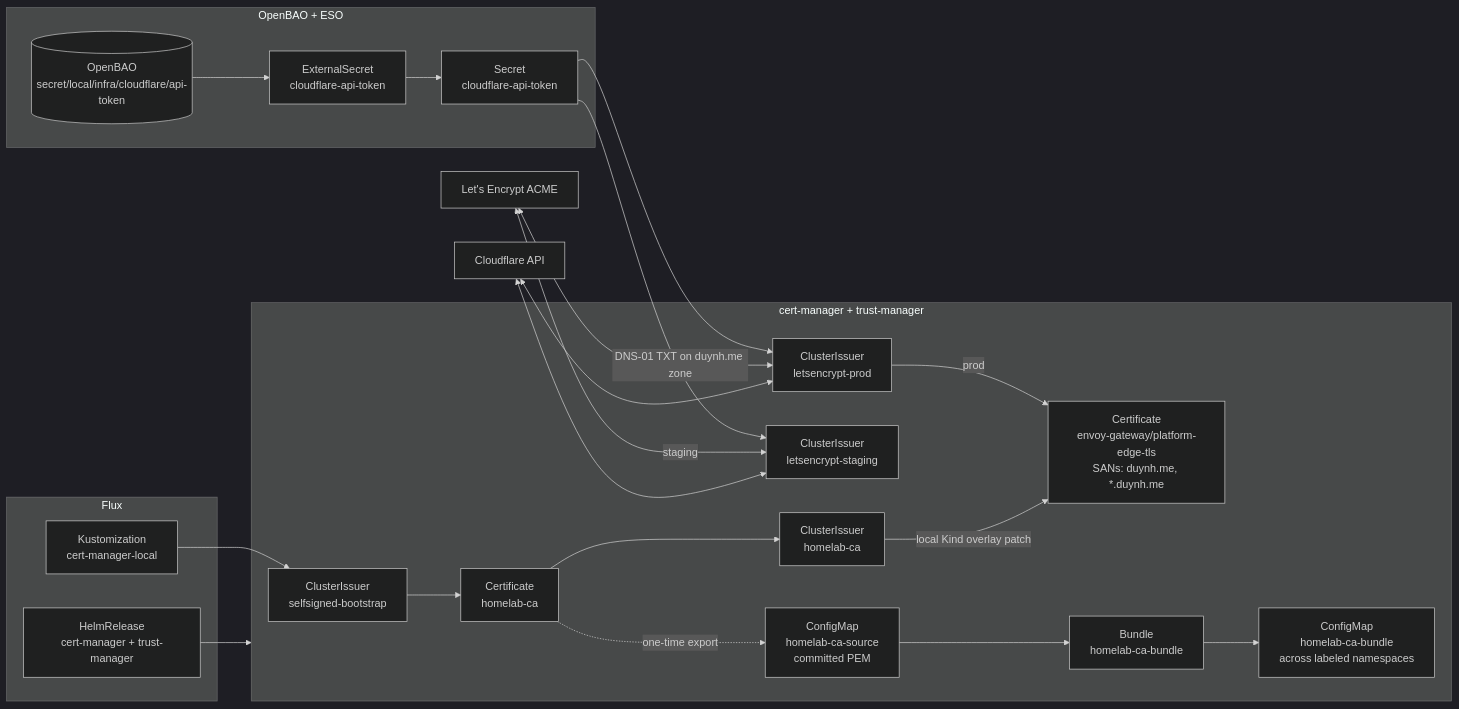
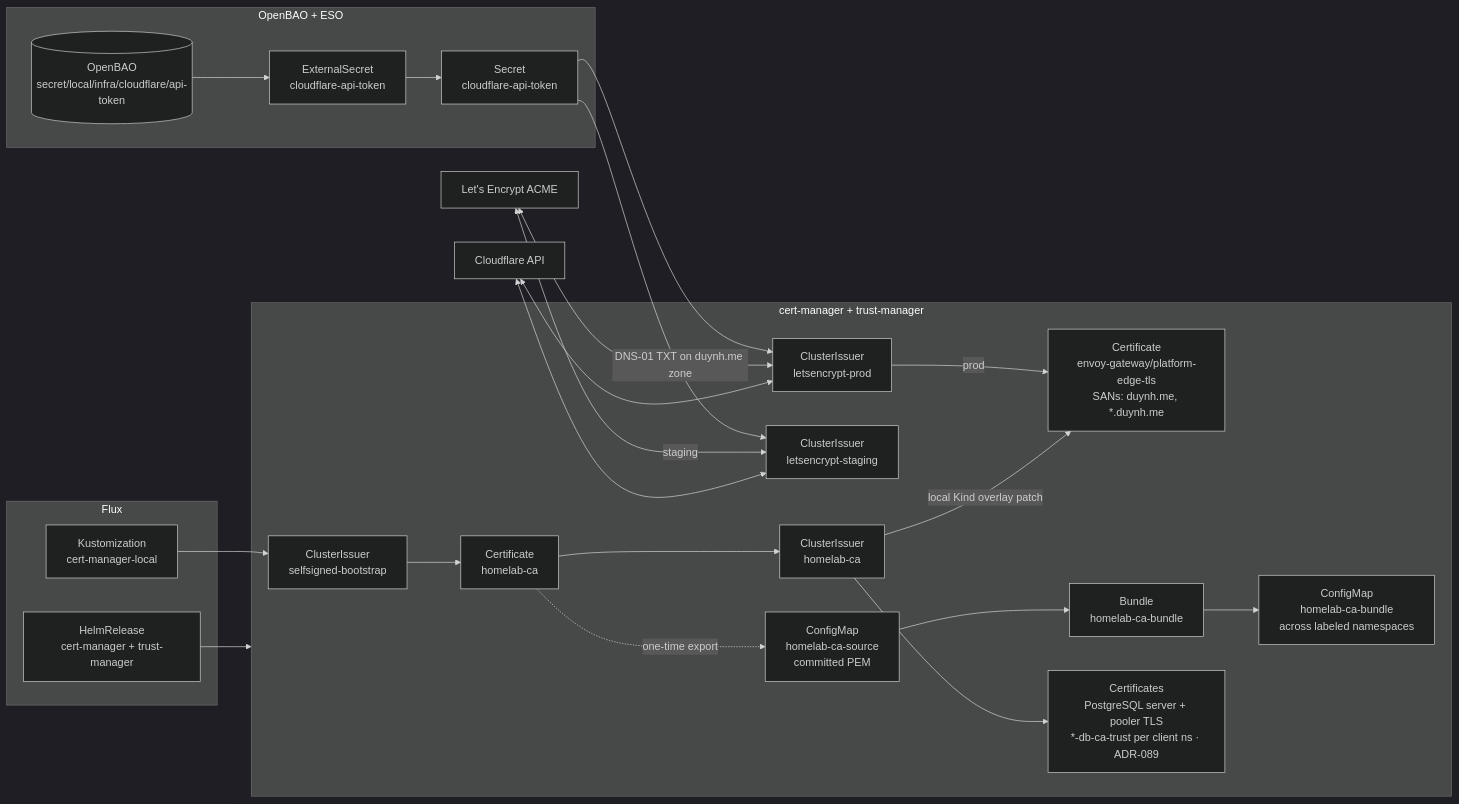
Before and after one commit to duynhlab/homelab: the first of 2 diagrams in docs/secrets/cert-manager.md, drawn with Mermaid (dark theme). The commit also changed other lines of this file and 92 other files, not shown here.

First line of the commit message:
Finalise ADR-089 and refresh database diagrams (#1337)

````diff
--- a/docs/secrets/cert-manager.md
+++ b/docs/secrets/cert-manager.md
@@ -37,32 +37,34 @@
 ```mermaid
 flowchart LR
   subgraph flux[Flux]
     HR[HelmRelease<br/>cert-manager + trust-manager]
     K[Kustomization<br/>cert-manager-local]
   end
   subgraph eso[OpenBAO + ESO]
     Bao[(OpenBAO<br/>secret/local/infra/cloudflare/api-token)]
     ES[ExternalSecret<br/>cloudflare-api-token]
     Sec[Secret<br/>cloudflare-api-token]
   end
   subgraph cm[cert-manager + trust-manager]
     SS[ClusterIssuer<br/>selfsigned-bootstrap]
     CA[Certificate<br/>homelab-ca]
     HCA[ClusterIssuer<br/>homelab-ca]
     LES[ClusterIssuer<br/>letsencrypt-staging]
     LEP[ClusterIssuer<br/>letsencrypt-prod]
     EdgeCert[Certificate<br/>envoy-gateway/platform-edge-tls<br/>SANs: duynh.me, *.duynh.me]
     CACOPY[ConfigMap<br/>homelab-ca-source<br/>committed PEM]
     Bundle[Bundle<br/>homelab-ca-bundle]
     OUT[ConfigMap<br/>homelab-ca-bundle<br/>across labeled namespaces]
+    DBC[Certificates<br/>PostgreSQL server + pooler TLS<br/>*-db-ca-trust per client ns · ADR-089]
   end
   HR --> cm
   K --> SS --> CA --> HCA
   Bao --> ES --> Sec --> LES & LEP
   LEP -->|prod| EdgeCert
   HCA -->|local Kind overlay patch| EdgeCert
+  HCA --> DBC
   CA -. one-time export .-> CACOPY --> Bundle --> OUT
   LE[Let's Encrypt ACME] <-->|DNS-01 TXT on duynh.me zone| LEP
   LE <-->|staging| LES
   CF[Cloudflare API] <--> LEP & LES
 ```
````
